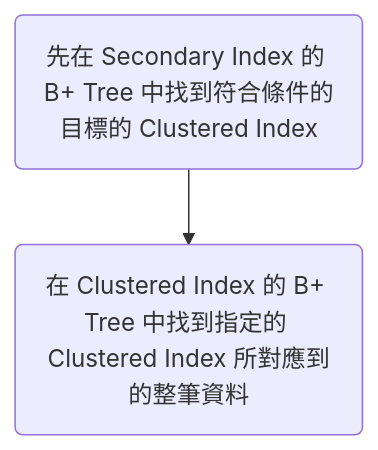
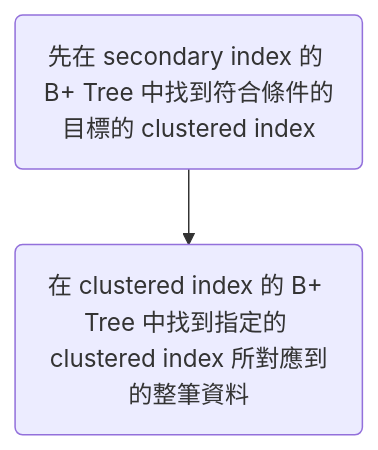
The second of 2 diagrams in Database/Index.md (bingyangchen/KM-software), drawn with Mermaid before and after one commit. The commit also changed other lines of this file and 55 other files, not shown here.

````diff
--- a/Database/Index.md
+++ b/Database/Index.md
@@ -72,6 +73,6 @@
 ```mermaid
 flowchart TD
-    id1(先在 Secondary Index 的 B+ Tree 中找到符合條件的目標的 Clustered Index)
-    id2(在 Clustered Index 的 B+ Tree 中找到指定的 Clustered Index 所對應到的整筆資料)
+    id1(先在 secondary index 的 B+ Tree 中找到符合條件的目標的 clustered index)
+    id2(在 clustered index 的 B+ Tree 中找到指定的 clustered index 所對應到的整筆資料)
     id1-->id2
 ```
````
